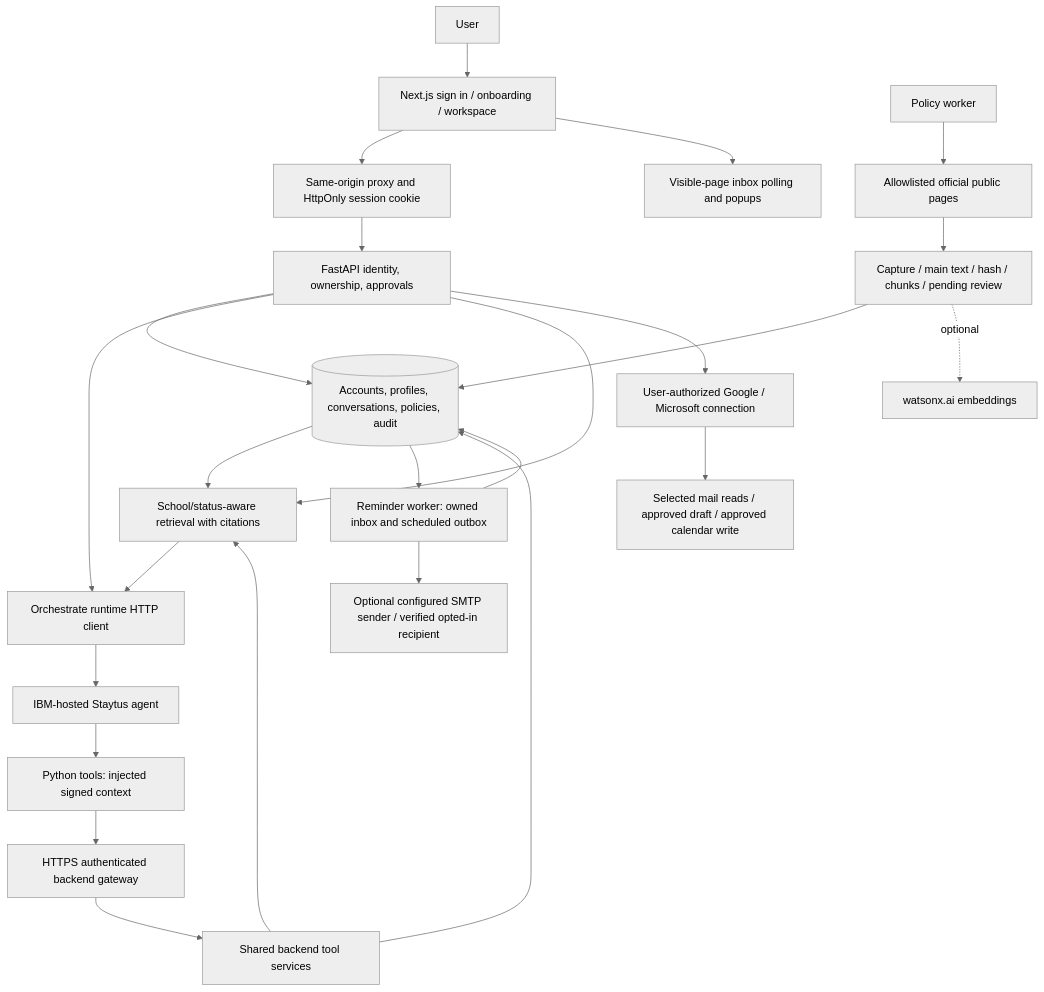
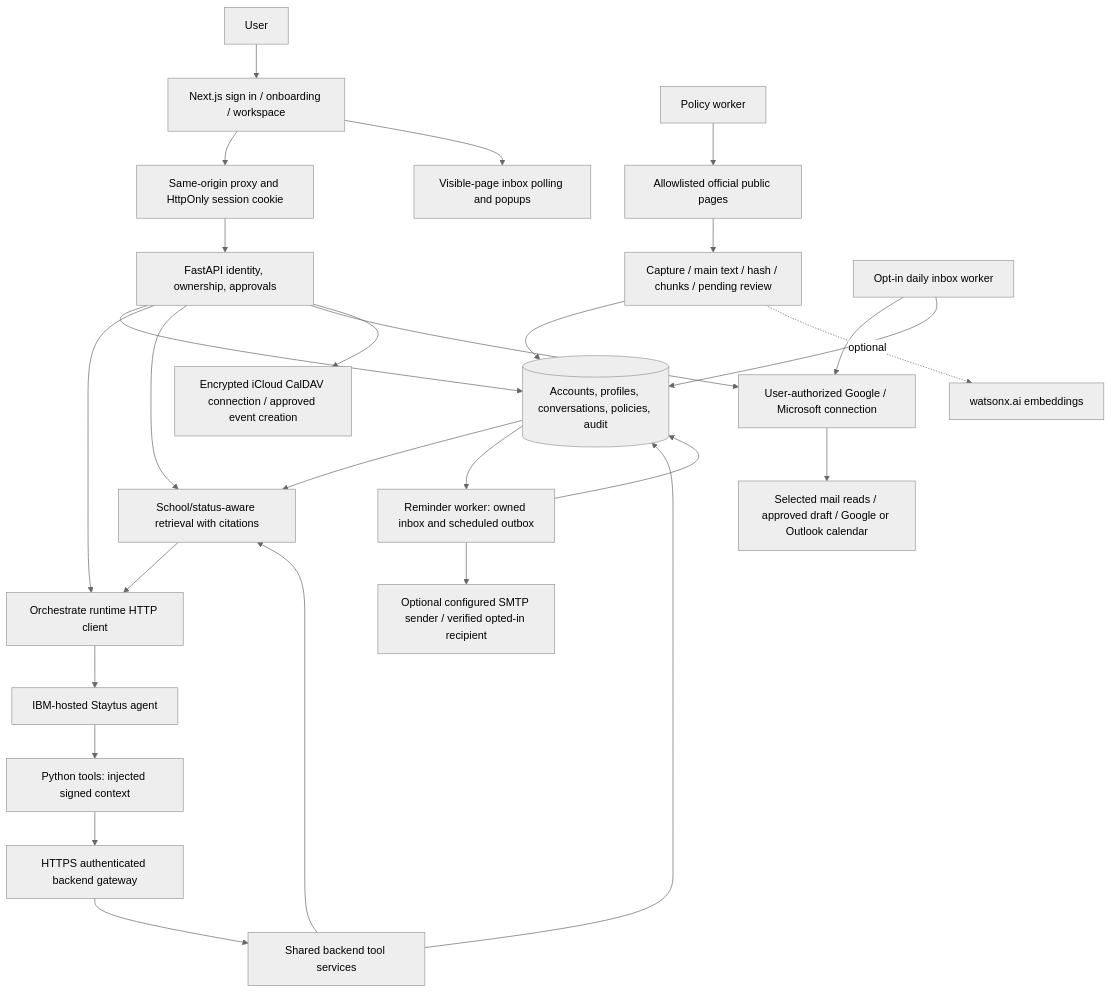
Before and after one commit to felixyuzhenyang/Staytus: the diagram in docs/ARCHITECTURE.md, drawn with Mermaid (neutral theme). The commit also changed other lines of this file and 96 other files, not shown here.

Commit message:
- Added: cloud deployment, shared database migrations (to Supabase), monitoring - Expand policy guidance and calendar integrations - document Google OAuth verification.

````diff
--- a/docs/ARCHITECTURE.md
+++ b/docs/ARCHITECTURE.md
@@ -5,27 +5,30 @@
 ```mermaid
 flowchart TD
   U[User] --> UI[Next.js sign in / onboarding / workspace]
   UI --> BFF[Same-origin proxy and HttpOnly session cookie]
   BFF --> API[FastAPI identity, ownership, approvals]
   API --> DB[(Accounts, profiles, conversations, policies, audit)]
   API --> WX[Orchestrate runtime HTTP client]
   WX --> AG[IBM-hosted Staytus agent]
   AG --> PT[Python tools: injected signed context]
   PT --> GW[HTTPS authenticated backend gateway]
   GW --> S[Shared backend tool services]
   S --> DB
   W[Policy worker] --> SRC[Allowlisted official public pages]
   SRC --> CAP[Capture / main text / hash / chunks / pending review]
   CAP --> DB
   CAP -. optional .-> EMB[watsonx.ai embeddings]
   DB --> RET[School/status-aware retrieval with citations]
   API --> RET
   S --> RET
   RET --> WX
   API --> OAUTH[User-authorized Google / Microsoft connection]
-  OAUTH --> MAIL[Selected mail reads / approved draft / approved calendar write]
+  OAUTH --> MAIL[Selected mail reads / approved draft / Google or Outlook calendar]
+  API --> IC[Encrypted iCloud CalDAV connection / approved event creation]
+  MW[Opt-in daily inbox worker] --> OAUTH
+  MW --> DB
   DB --> NW[Reminder worker: owned inbox and scheduled outbox]
   NW --> DB
   NW --> SMTP[Optional configured SMTP sender / verified opted-in recipient]
   UI --> INBOX[Visible-page inbox polling and popups]
 ```
````
